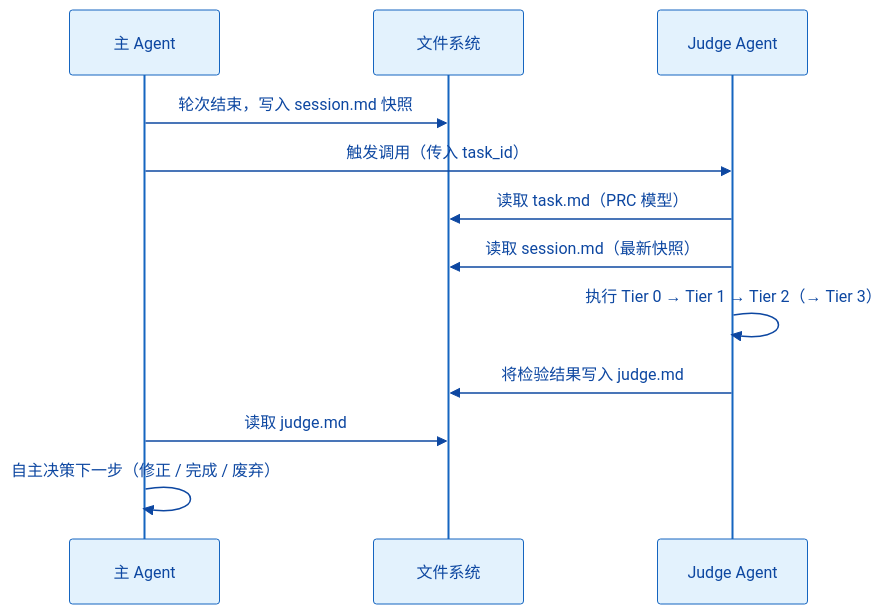
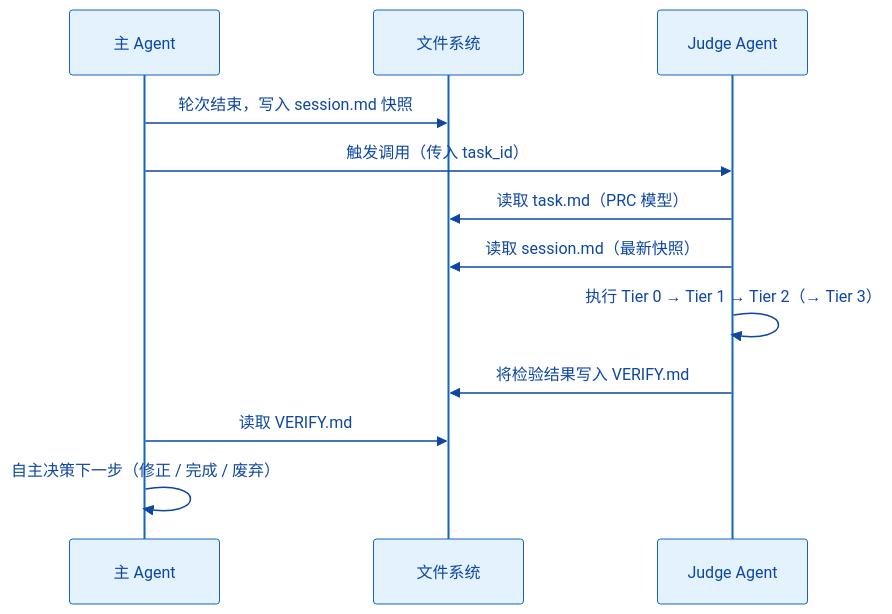
The eighth of 8 diagrams in docs/claude/spec_claude_revision.md (Lazyn0tBug/mem0ress), drawn with Mermaid before and after one commit. The commit also changed other lines of this file and 5 other files, not shown here.

Commit message:
refactor(docs): naming convention — SPEC/PROTOCOL/SCHEMA/VERIFY uppercase; templates/verify.md lowercase

````diff
--- a/docs/claude/spec_claude_revision.md
+++ b/docs/claude/spec_claude_revision.md
@@ -448,17 +448,17 @@
 ```mermaid
 %% label：主 Agent 与 Judge Agent 协作流
 %%{ init: { 'theme': 'base', 'themeVariables': { 'primaryColor': '#e3f2fd', 'primaryTextColor': '#0d47a1', 'primaryBorderColor': '#1565c0', 'lineColor': '#90a4ae', 'fontFamily': 'arial' } } }%%
 sequenceDiagram
     participant MA as 主 Agent
     participant FS as 文件系统
     participant JA as Judge Agent
 
     MA->>FS: 轮次结束，写入 session.md 快照
     MA->>JA: 触发调用（传入 task_id）
     JA->>FS: 读取 task.md（PRC 模型）
     JA->>FS: 读取 session.md（最新快照）
     JA->>JA: 执行 Tier 0 → Tier 1 → Tier 2（→ Tier 3）
-    JA->>FS: 将检验结果写入 judge.md
-    MA->>FS: 读取 judge.md
+    JA->>FS: 将检验结果写入 VERIFY.md
+    MA->>FS: 读取 VERIFY.md
     MA->>MA: 自主决策下一步（修正 / 完成 / 废弃）
 ```
````
